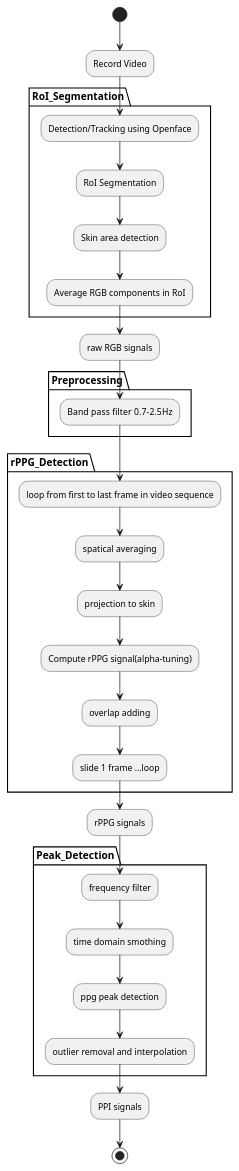
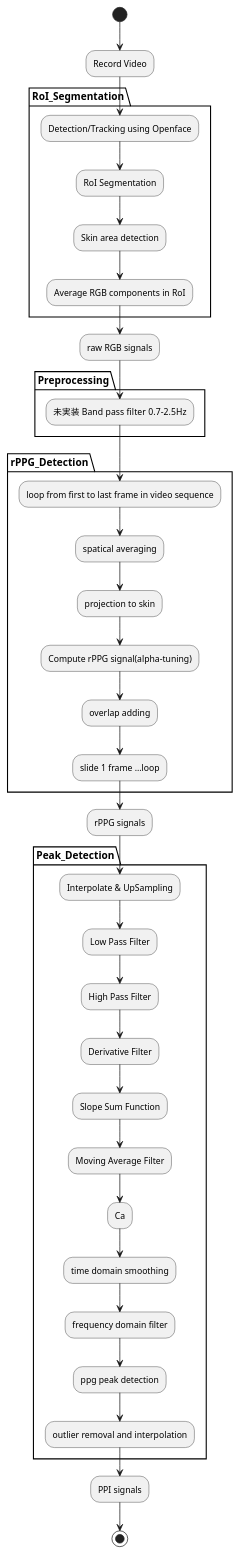
The diagram in doc/pos_process_flow.pu (zhujiangzhijia/rPPG_master), drawn with PlantUML before and after one commit. The commit also changed 30 other files, not shown here.

```diff
--- a/doc/pos_process_flow.pu
+++ b/doc/pos_process_flow.pu
@@ -1,35 +1,43 @@
 @startuml
 
 (*) --> "Record Video"
 partition RoI_Segmentation {
 --> "Detection/Tracking using Openface"
 --> "RoI Segmentation"
 --> "Skin area detection"
 --> "Average RGB components in RoI"
 }
 --> "raw RGB signals"
 
 partition Preprocessing {
- --> "Band pass filter  0.7-2.5Hz"
+ --> "未実装 Band pass filter  0.7-2.5Hz"
 }
 
 partition rPPG_Detection {
 --> "loop from first to last frame in video sequence"
 --> "spatical averaging"
 --> "projection to skin"
 --> "Compute rPPG signal(alpha-tuning)"
 --> "overlap adding"
 --> "slide 1 frame ...loop"
 }
 --> "rPPG signals"
-
+' //https://www.ncbi.nlm.nih.gov/pmc/articles/PMC5175543/
+' // https://www.renesas.com/jp/ja/doc/products/mpumcu/apn/rl78/003/r11an0389jj0100-bsspf-apl.pdf
 partition Peak_Detection {
---> "frequency filter"
---> "time domain smothing"
+--> "Interpolate & UpSampling"
+--> "Low Pass Filter"
+--> "High Pass Filter"
+--> "Derivative Filter"
+--> "Slope Sum Function"
+--> "Moving Average Filter"
+--> "Ca"
+--> "time domain smoothing"
+--> "frequency domain filter"
 --> "ppg peak detection"
 --> "outlier removal and interpolation"
 }
 --> "PPI signals"
 
 --> (*)
 @enduml
```
